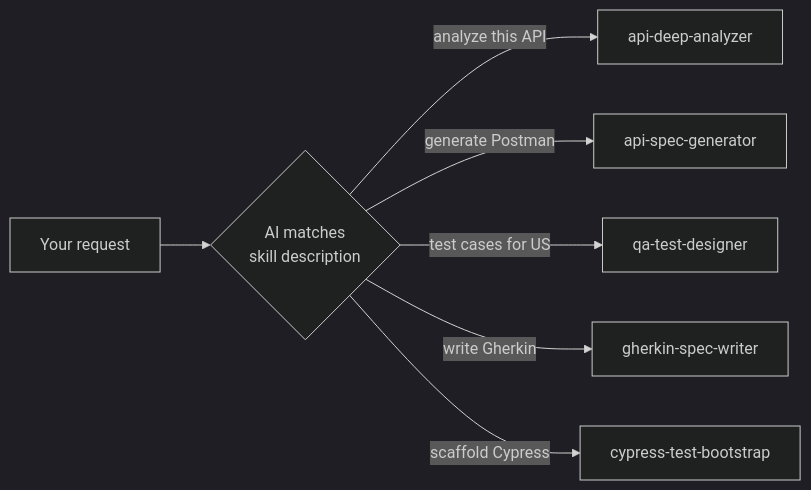
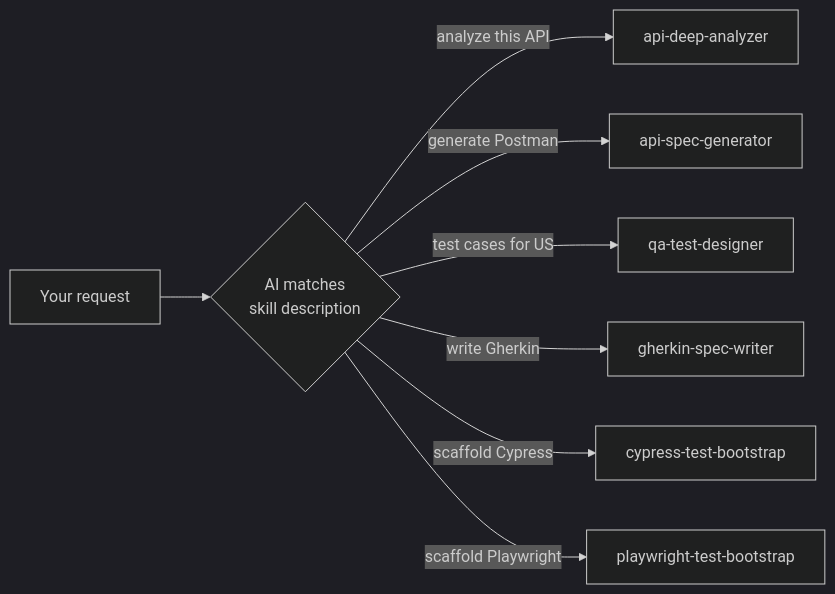
The first of 2 diagrams in docs/usage.md (mahmoumaima/QIOS), drawn with Mermaid (dark theme) before and after one commit. The commit also changed other lines of this file and 16 other files, not shown here.

Commit message:
feat(skills): add Playwright test bootstrap

````diff
--- a/docs/usage.md
+++ b/docs/usage.md
@@ -82,9 +83,10 @@
 ```mermaid
 flowchart LR
     A["Your request"] --> B{AI matches\nskill description}
     B -->|analyze this API| C[api-deep-analyzer]
     B -->|generate Postman| D[api-spec-generator]
     B -->|test cases for US| E[qa-test-designer]
     B -->|write Gherkin| F[gherkin-spec-writer]
     B -->|scaffold Cypress| G[cypress-test-bootstrap]
+    B -->|scaffold Playwright| H[playwright-test-bootstrap]
 ```
````
